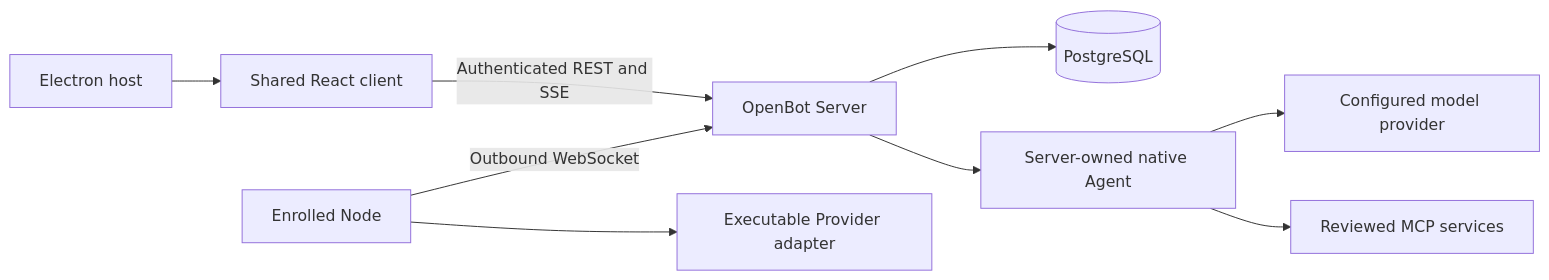
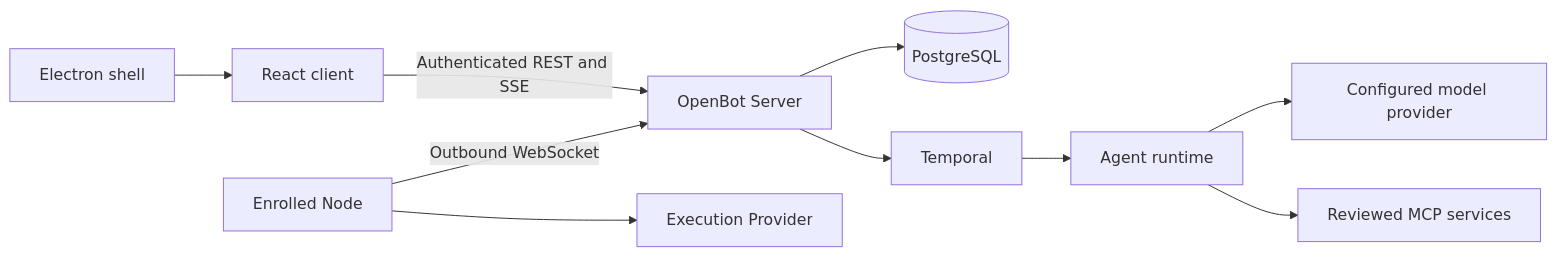
One commit to Peerframe/openbot changed the diagram in docs/ARCHITECTURE.md. Above: the diagram before and after it, drawn with Mermaid. The commit also changed other lines of this file and 4 other files, not shown here.

First line of the commit message:
docs(architecture): rewrite the architecture page for the TS migration

````diff
--- a/docs/ARCHITECTURE.md
+++ b/docs/ARCHITECTURE.md
@@ -9,11 +8,12 @@
 ```mermaid
 flowchart LR
-  UI[Shared React client] -->|Authenticated REST and SSE| Server[OpenBot Server]
-  Desktop[Electron host] --> UI
+  UI[React client] -->|Authenticated REST and SSE| Server[OpenBot Server]
+  Desktop[Electron shell] --> UI
   Server --> DB[(PostgreSQL)]
-  Server --> Native[Server-owned native Agent]
-  Native --> Models[Configured model provider]
-  Native --> Plugins[Reviewed MCP services]
+  Server --> Temporal[Temporal]
+  Temporal --> Runtime[Agent runtime]
+  Runtime --> Models[Configured model provider]
+  Runtime --> Plugins[Reviewed MCP services]
   Node[Enrolled Node] -->|Outbound WebSocket| Server
-  Node --> Provider[Executable Provider adapter]
+  Node --> Provider[Execution Provider]
 ```
````
